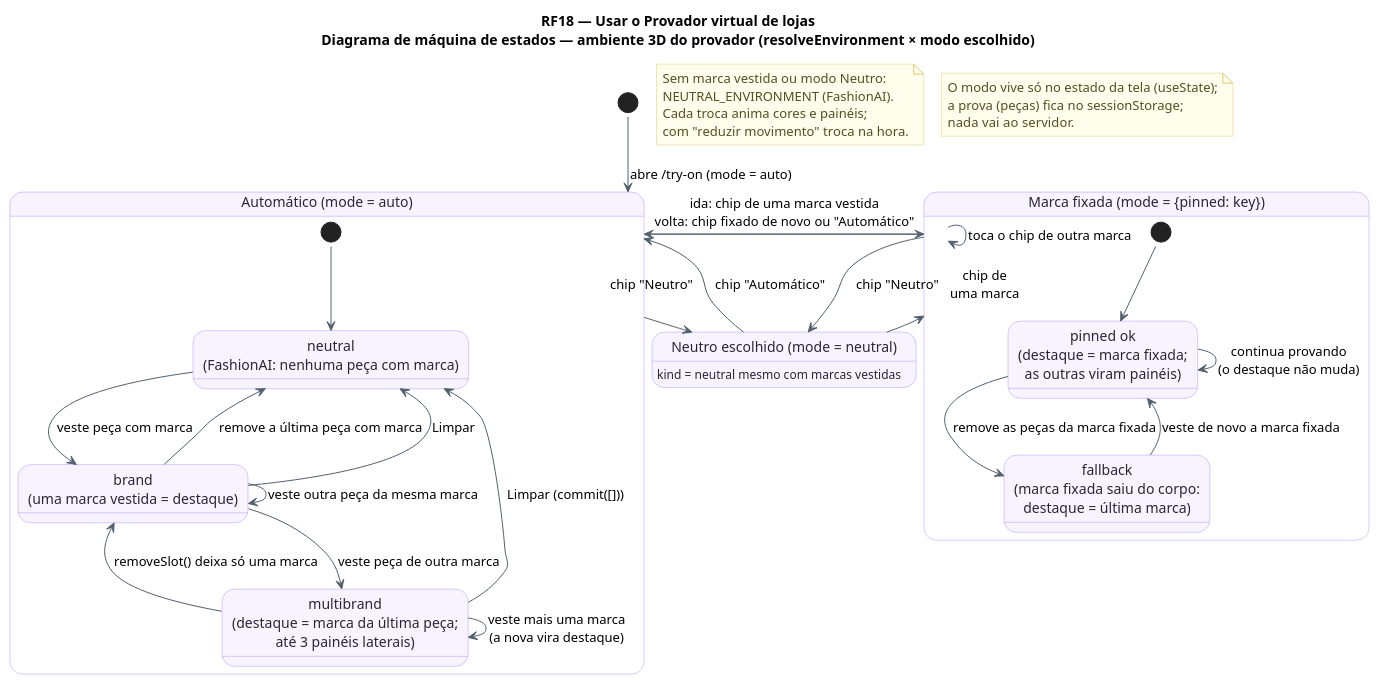
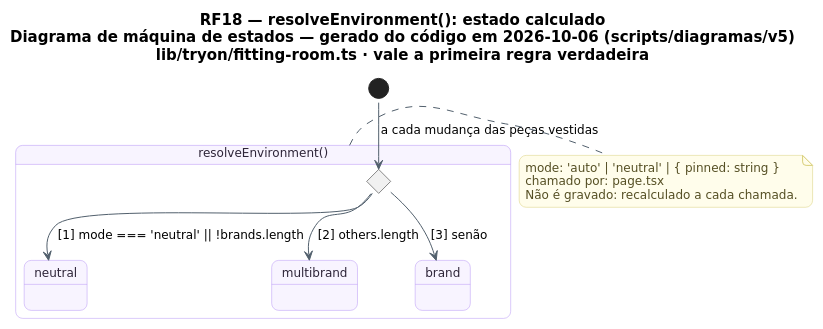
The diagram in docs/diagramas/RF18/RF18-maquinadeestados-ambiente.puml (MatheusHaliski/tcc-2026-fashion-ai-backend), drawn with PlantUML before and after one commit. The commit also changed 799 other files, not shown here.

```diff
--- a/docs/diagramas/RF18/RF18-maquinadeestados-ambiente.puml
+++ b/docs/diagramas/RF18/RF18-maquinadeestados-ambiente.puml
@@ -1,63 +1,39 @@
 @startuml RF18_MaquinaDeEstados_Ambiente
 !pragma layout smetana
-title RF18 — Usar o Provador virtual de lojas\nDiagrama de máquina de estados — ambiente 3D do provador (resolveEnvironment × modo escolhido)
 skinparam backgroundColor #FFFFFF
-skinparam state {
-  BackgroundColor #F8F4FF
-  BorderColor #B695F5
-  FontColor #2D2438
-  ArrowColor #52606D
-}
+skinparam shadowing false
+skinparam defaultFontName "DejaVu Sans"
+skinparam defaultFontSize 12
+skinparam titleFontSize 15
+skinparam roundcorner 14
+skinparam ArrowColor #52606D
 skinparam note {
   BackgroundColor #FFFDEB
   BorderColor #D8CE78
   FontColor #554F24
 }
-[*] --> Auto : abre /try-on (mode = auto)
+skinparam state {
+  BackgroundColor #F8F4FF
+  BorderColor #B695F5
+  FontColor #2D2438
+  StartColor #20A77A
+  EndColor #4B5563
+}
+title RF18 — resolveEnvironment(): estado calculado\nDiagrama de máquina de estados — gerado do código em 2026-10-06 (scripts/diagramas/v5)\nlib/tryon/fitting-room.ts · vale a primeira regra verdadeira
 
-state "Automático (mode = auto)" as Auto {
-  state "neutral\n(FashionAI: nenhuma peça com marca)" as AN
-  state "brand\n(uma marca vestida = destaque)" as AB
-  state "multibrand\n(destaque = marca da última peça;\naté 3 painéis laterais)" as AM
-  [*] --> AN
-  AN --> AB : veste peça com marca
-  AB --> AB : veste outra peça da mesma marca
-  AB --> AM : veste peça de outra marca
-  AM --> AM : veste mais uma marca\n(a nova vira destaque)
-  AM --> AB : removeSlot() deixa só uma marca
-  AB --> AN : remove a última peça com marca
-  AM --> AN : Limpar (commit([]))
-  AB --> AN : Limpar
+state "resolveEnvironment()" as C_resolveEnvironment {
+  state C_resolveEnvironment_avaliar <<choice>>
+  state "neutral" as C_resolveEnvironment_neutral
+  state "multibrand" as C_resolveEnvironment_multibrand
+  state "brand" as C_resolveEnvironment_brand
 }
-
-state "Marca fixada (mode = {pinned: key})" as Fixada {
-  state "pinned ok\n(destaque = marca fixada;\nas outras viram painéis)" as FP
-  state "fallback\n(marca fixada saiu do corpo:\ndestaque = última marca)" as FF
-  [*] --> FP
-  FP --> FP : continua provando\n(o destaque não muda)
-  FP --> FF : remove as peças da marca fixada
-  FF --> FP : veste de novo a marca fixada
-}
-
-state "Neutro escolhido (mode = neutral)" as Neutro : kind = neutral mesmo com marcas vestidas
-
-Auto --> Fixada : ida: chip de uma marca vestida\nvolta: chip fixado de novo ou "Automático"
-Fixada --> Fixada : toca o chip de outra marca
-Fixada --> Auto
-Auto -down-> Neutro : chip "Neutro"
-Fixada -down-> Neutro : chip "Neutro"
-Neutro -up-> Auto : chip "Automático"
-Neutro -up-> Fixada : chip de\numa marca
-
-note as N1
-  Sem marca vestida ou modo Neutro:
-  NEUTRAL_ENVIRONMENT (FashionAI).
-  Cada troca anima cores e painéis;
-  com "reduzir movimento" troca na hora.
-end note
-note as N2
-  O modo vive só no estado da tela (useState);
-  a prova (peças) fica no sessionStorage;
-  nada vai ao servidor.
+[*] --> C_resolveEnvironment_avaliar : a cada mudança das peças vestidas
+C_resolveEnvironment_avaliar --> C_resolveEnvironment_neutral : [1] mode === 'neutral' || !brands.length
+C_resolveEnvironment_avaliar --> C_resolveEnvironment_multibrand : [2] others.length
+C_resolveEnvironment_avaliar --> C_resolveEnvironment_brand : [3] senão
+note right of C_resolveEnvironment
+  mode: 'auto' | 'neutral' | { pinned: string }
+  chamado por: page.tsx
+  Não é gravado: recalculado a cada chamada.
 end note
 @enduml
```
